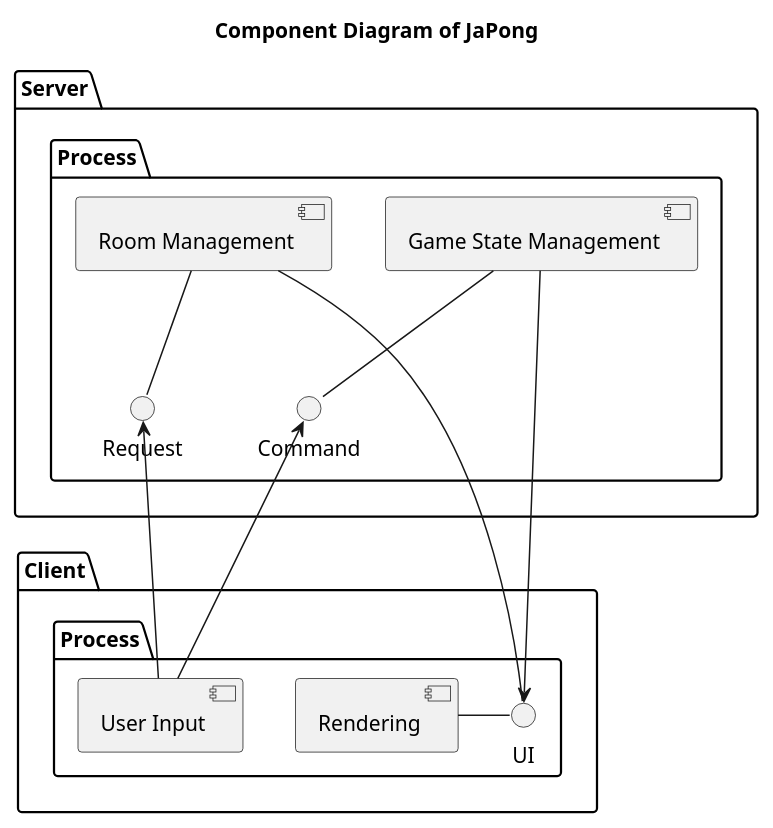
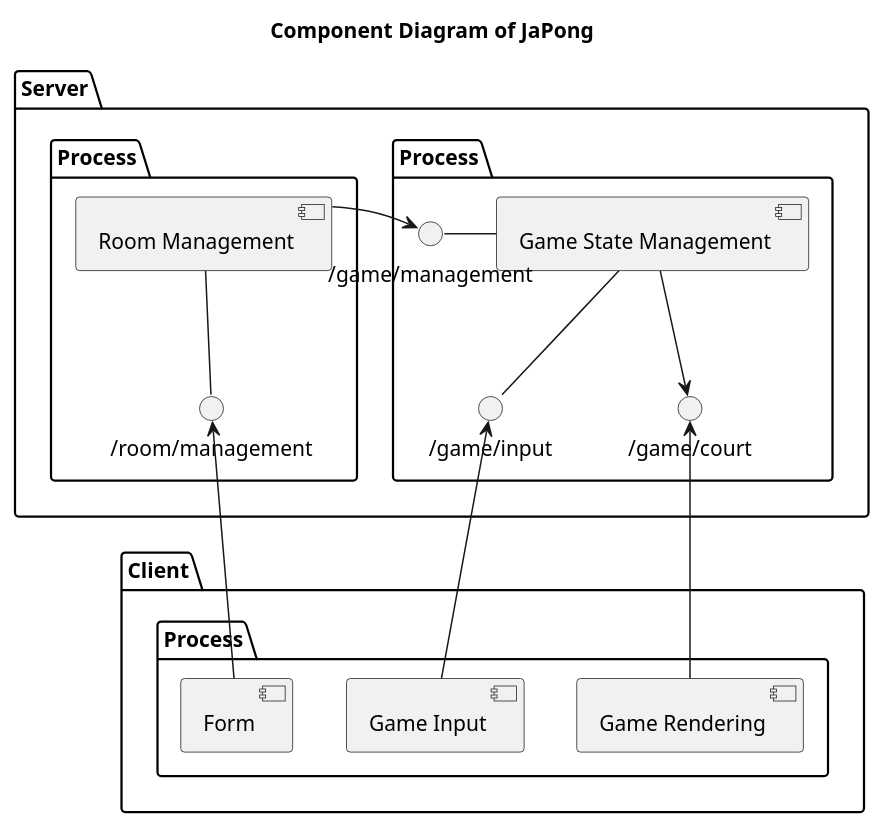
The diagram in uml/component.plantuml (uztbt/japong-design), drawn with PlantUML before and after one commit. The commit also changed 5 other files, not shown here.

Commit message:
Update the use case and component diagrams.

```diff
--- a/uml/component.plantuml
+++ b/uml/component.plantuml
@@ -1,26 +1,31 @@
 @startuml
 
 title "Component Diagram of JaPong"
 
 package Server {
-    folder "Process" as serverProcess {
+    folder "Process" as gameManagementProcess {
         [Game State Management]
-        interface "Command" as GamaStateManagementCommand
-        [Game State Management] -- GamaStateManagementCommand
+        interface "/game/input" as GameStateManagementCommand
+        [Game State Management] -- GameStateManagementCommand
+        interface "/game/management" as GameState
+        GameState - [Game State Management]
+        interface "/game/court" as Court
+        [Game State Management] --> Court
+    }
+    folder "Process" as roomManagementProcess {
         [Room Management]
-        interface "Request" as RoomManagementCommand
+        interface "/room/management" as RoomManagementCommand
         [Room Management] -- RoomManagementCommand
+        GameState <- [Room Management]
     }
 }
 
 package Client {
     folder "Process" as clientProcess {
-        [Rendering] -right- UI
-        [Game State Management] -down-> UI
-        [Room Management] - UI
-        [User Input] -up-> GamaStateManagementCommand
-        [User Input] -up-> RoomManagementCommand
+        [Form] -up-> RoomManagementCommand
+        [Game Rendering] -up-> Court
+        [Game Input] -up-> GameStateManagementCommand
     }
 }
 
 @enduml
```
